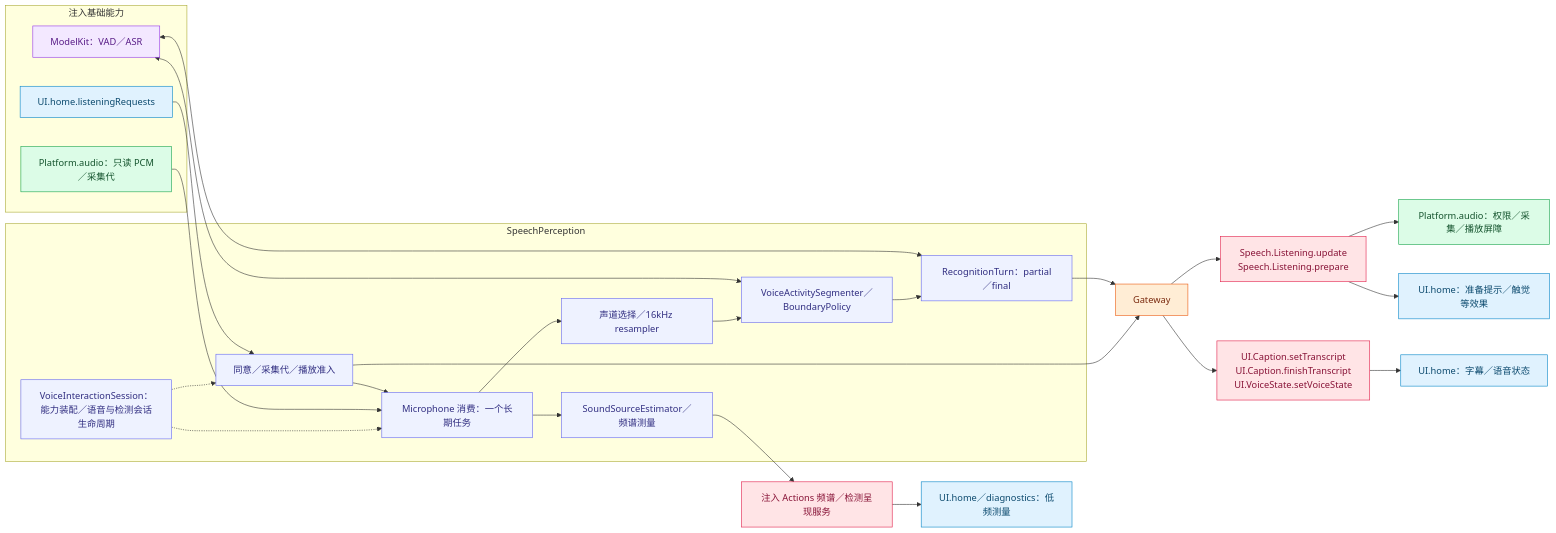
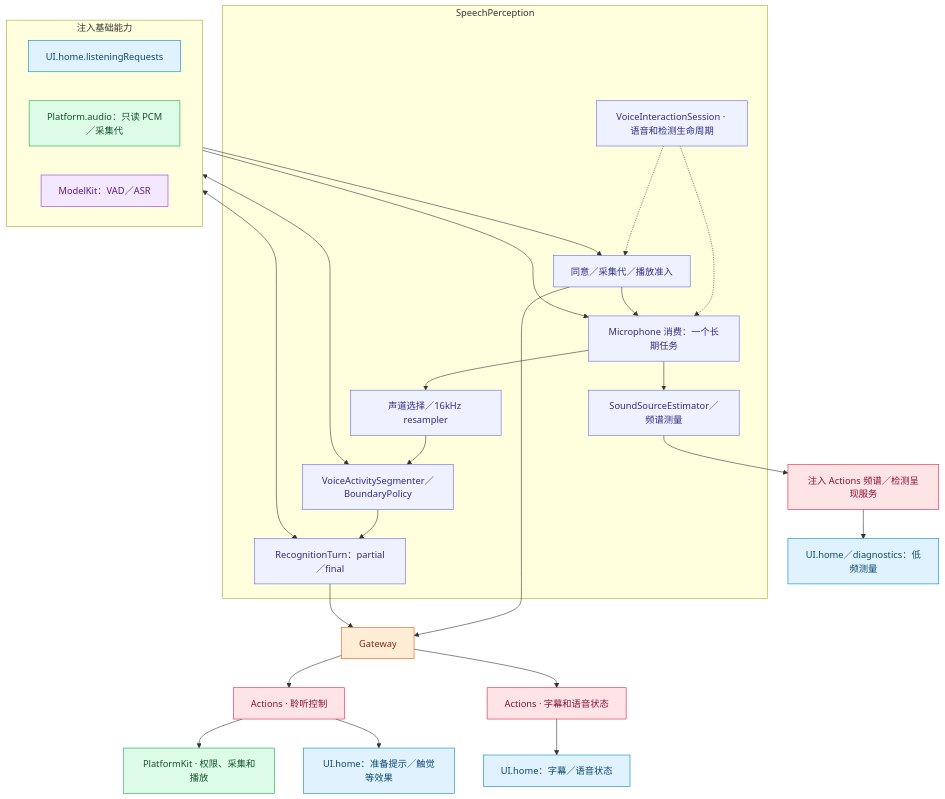
Before and after one commit to devilyouwei/MobileHarness: the second of 2 diagrams in MobileHarness/Agents/SpeechPerception/README.md, drawn with Mermaid. The commit also changed other lines of this file and 115 other files, not shown here.

````diff
--- a/MobileHarness/Agents/SpeechPerception/README.md
+++ b/MobileHarness/Agents/SpeechPerception/README.md
@@ -74,43 +74,44 @@
 ```mermaid
-flowchart LR
+flowchart TB
  subgraph Injected["注入基础能力"]
+ direction LR
  U["UI.home.listeningRequests"]:::ui
  P["Platform.audio：只读 PCM／采集代"]:::platform
  M["ModelKit：VAD／ASR"]:::model
  end
  subgraph Role["SpeechPerception"]
- V["VoiceInteractionSession：能力装配／语音与检测会话生命周期"]:::agent
+ V["VoiceInteractionSession · 语音和检测生命周期"]:::agent
  L["同意／采集代／播放准入"]:::agent
  N["Microphone 消费：一个长期任务"]:::agent
  R["声道选择／16kHz resampler"]:::agent
  B["VoiceActivitySegmenter／BoundaryPolicy"]:::agent
  T["RecognitionTurn：partial／final"]:::agent
  S["SoundSourceEstimator／频谱测量"]:::agent
  end
  V -.-> L
  V -.-> N
  U --> L
  P --> N
  L --> N
  N --> R --> B --> T
  N --> S
  M <--> B
  M <--> T
  L --> G["Gateway"]:::gateway
  T --> G
- G --> X["Speech.Listening.update<br/>Speech.Listening.prepare"]:::action
- G --> Y["UI.Caption.setTranscript<br/>UI.Caption.finishTranscript<br/>UI.VoiceState.setVoiceState"]:::action
- X --> PC["Platform.audio：权限／采集／播放屏障"]:::platform
+ G --> X["Actions · 聆听控制"]:::action
+ G --> Y["Actions · 字幕和语音状态"]:::action
+ X --> PC["PlatformKit · 权限、采集和播放"]:::platform
  X --> UE["UI.home：准备提示／触觉等效果"]:::ui
  Y --> UC["UI.home：字幕／语音状态"]:::ui
  S --> AP["注入 Actions 频谱／检测呈现服务"]:::action
  AP --> US["UI.home／diagnostics：低频测量"]:::ui
  classDef ui fill:#e0f2fe,stroke:#0284c7,color:#0c4a6e
  classDef platform fill:#dcfce7,stroke:#16a34a,color:#14532d
  classDef model fill:#f3e8ff,stroke:#9333ea,color:#581c87
  classDef storage fill:#fef3c7,stroke:#d97706,color:#78350f
  classDef agent fill:#eef2ff,stroke:#6366f1,color:#312e81
  classDef gateway fill:#ffedd5,stroke:#ea580c,color:#7c2d12
  classDef action fill:#ffe4e6,stroke:#e11d48,color:#881337
  classDef host fill:#f1f5f9,stroke:#64748b,color:#334155
 ```
````
